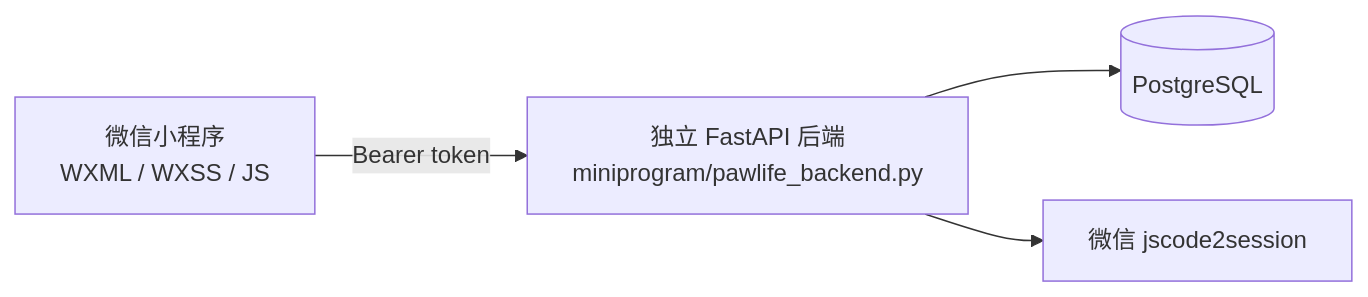
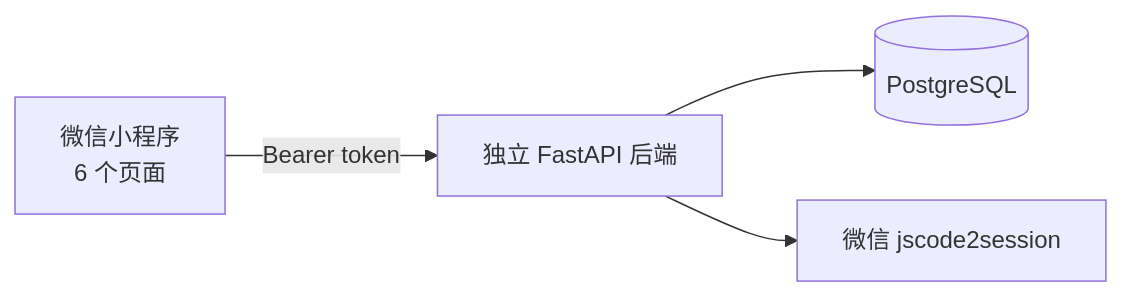
One commit to lingzi49/pawlife changed the fourth of 4 diagrams in README.md. Above: the diagram before and after it, drawn with Mermaid. The commit also changed other lines of this file and 4 other files, not shown here.

````diff
--- a/README.md
+++ b/README.md
@@ -311,6 +284,6 @@
 ```mermaid
 flowchart LR
-    WX[微信小程序<br/>WXML / WXSS / JS] -->|Bearer token| MPAPI[独立 FastAPI 后端<br/>miniprogram/pawlife_backend.py]
-    MPAPI --> PG[(PostgreSQL)]
-    MPAPI --> WXAPI[微信 jscode2session]
+    W[微信小程序<br/>6 个页面] -->|Bearer token| M[独立 FastAPI 后端]
+    M --> P[(PostgreSQL)]
+    M --> WX[微信 jscode2session]
 ```
````
